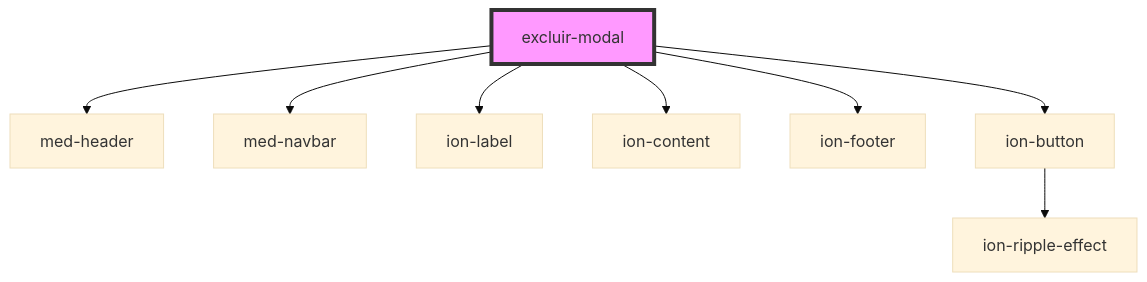
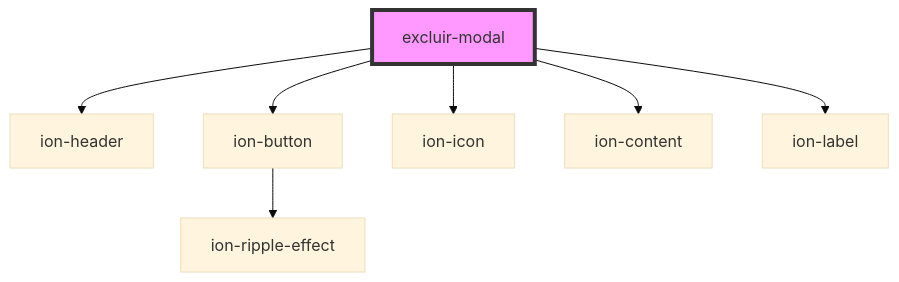
Before and after one commit to MEDGRUPOGIT/ionic-framework-1: the diagram in core/src/components/@templarios/ionic-1-migracao/duvidas-academicas/excluir-modal/readme.md, drawn with Mermaid (base theme). The commit also changed other lines of this file and 19 other files, not shown here.

````diff
--- a/core/src/components/@templarios/ionic-1-migracao/duvidas-academicas/excluir-modal/readme.md
+++ b/core/src/components/@templarios/ionic-1-migracao/duvidas-academicas/excluir-modal/readme.md
@@ -20,11 +19,10 @@
 ```mermaid
 graph TD;
-  excluir-modal --> med-header
-  excluir-modal --> med-navbar
+  excluir-modal --> ion-header
+  excluir-modal --> ion-button
+  excluir-modal --> ion-icon
+  excluir-modal --> ion-content
   excluir-modal --> ion-label
-  excluir-modal --> ion-content
-  excluir-modal --> ion-footer
-  excluir-modal --> ion-button
   ion-button --> ion-ripple-effect
   style excluir-modal fill:#f9f,stroke:#333,stroke-width:4px
 ```
````
